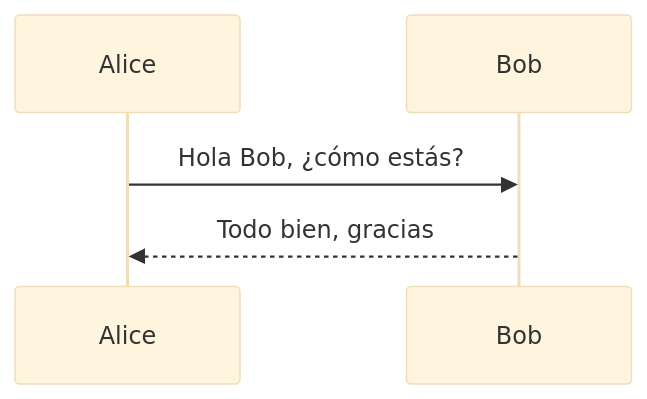
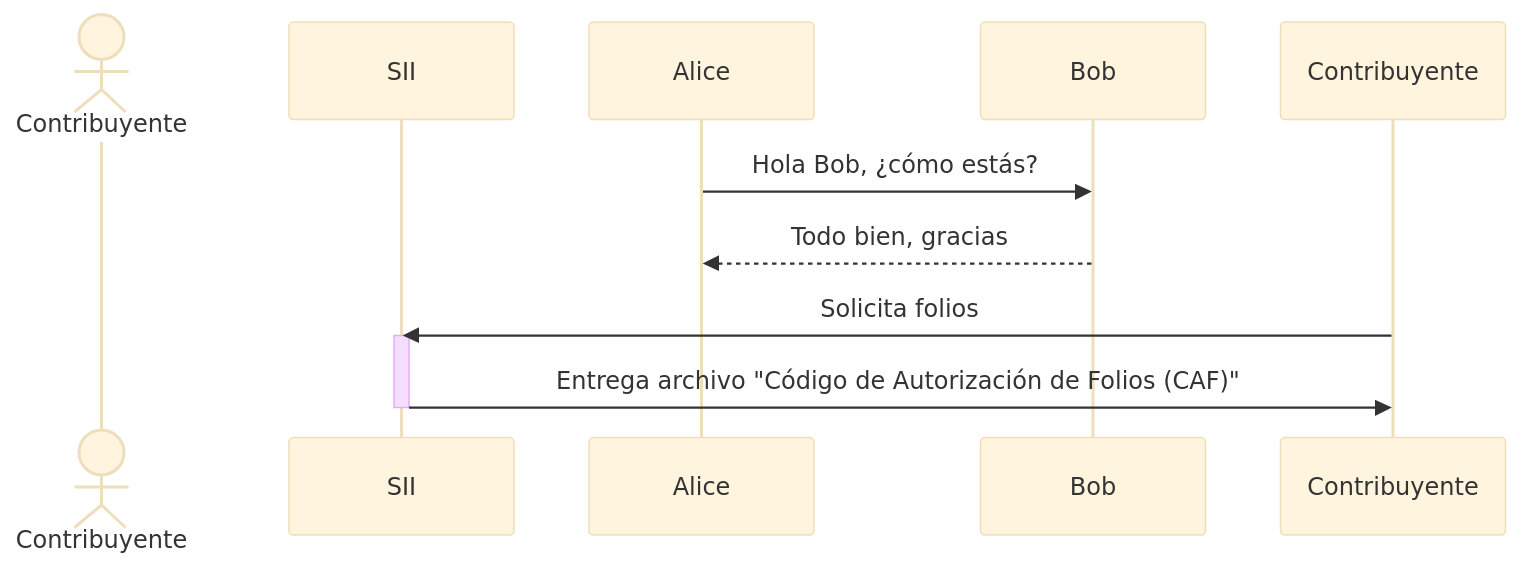
One commit to mliulion/sii-uml changed the diagram in README.md. Above: the diagram before and after it, drawn with Mermaid (base theme). The commit also changed other lines of this file and 3 other files, not shown here.

````diff
--- a/README.md
+++ b/README.md
@@ -12,7 +14,14 @@
 ```mermaid
 sequenceDiagram
+    actor       "Contribuyente\nEmisor" as Contribuyente
+    participant SII
+
     Alice->>Bob: Hola Bob, ¿cómo estás?
     Bob-->>Alice: Todo bien, gracias
+    Contribuyente ->> SII : Solicita folios
+    activate SII
+    SII ->> Contribuyente : Entrega archivo "Código de Autorización de Folios (CAF)"
+    deactivate SII
 
 
 ```
````
